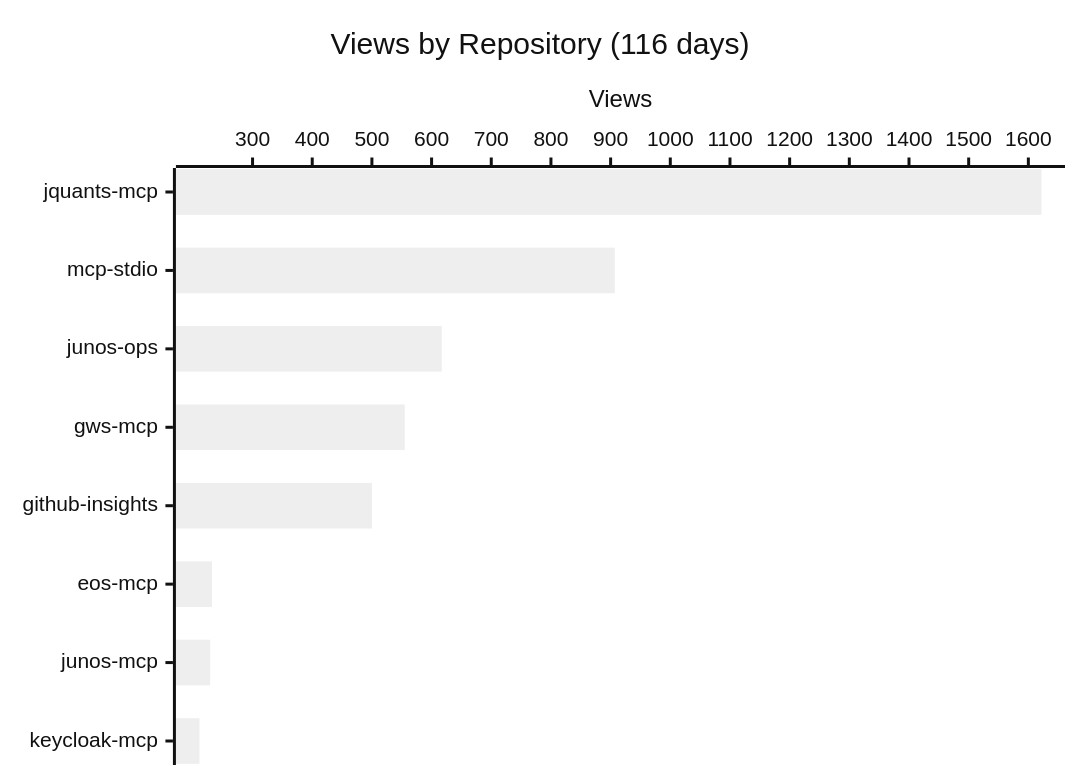
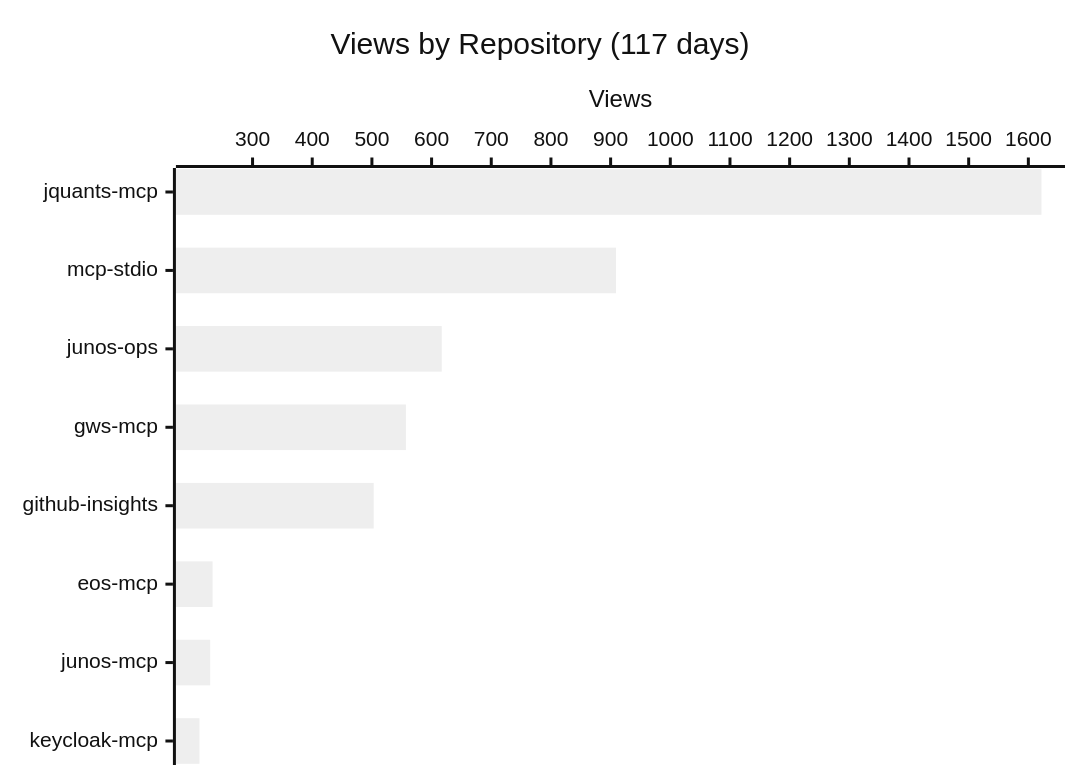
Before and after one commit to shigechika/github-insights: the first of 4 diagrams in README.md, drawn with Mermaid (neutral theme). The commit also changed other lines of this file and 2 other files, not shown here.

````diff
--- a/README.md
+++ b/README.md
@@ -18,7 +18,7 @@
 ```mermaid
 xychart-beta horizontal
-    title "Views by Repository (116 days)"
+    title "Views by Repository (117 days)"
     x-axis ["jquants-mcp", "mcp-stdio", "junos-ops", "gws-mcp", "github-insights", "eos-mcp", "junos-mcp", "keycloak-mcp"]
     y-axis "Views"
-    bar [1622, 907, 617, 555, 500, 232, 229, 211]
+    bar [1622, 909, 617, 557, 503, 233, 229, 211]
 ```
````
